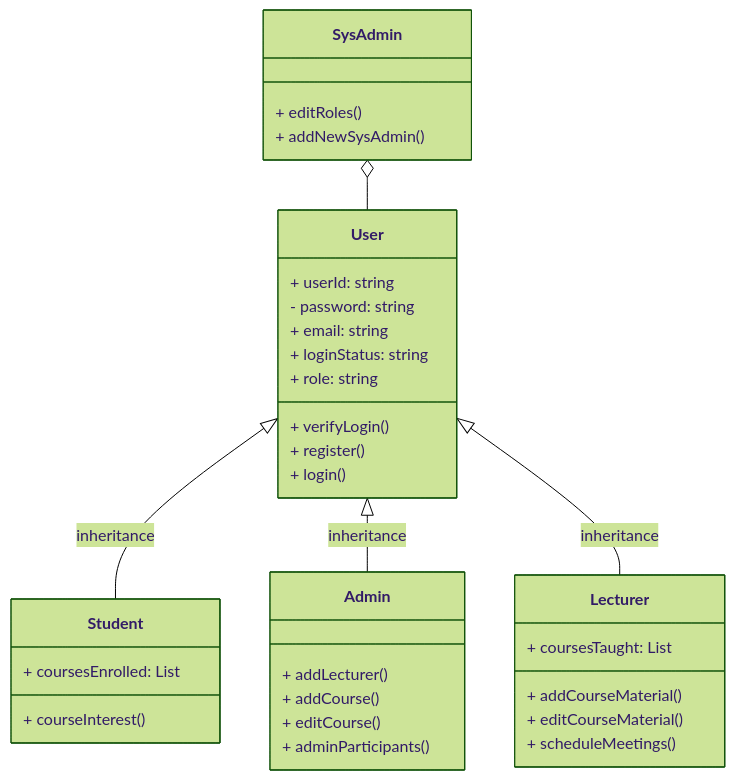
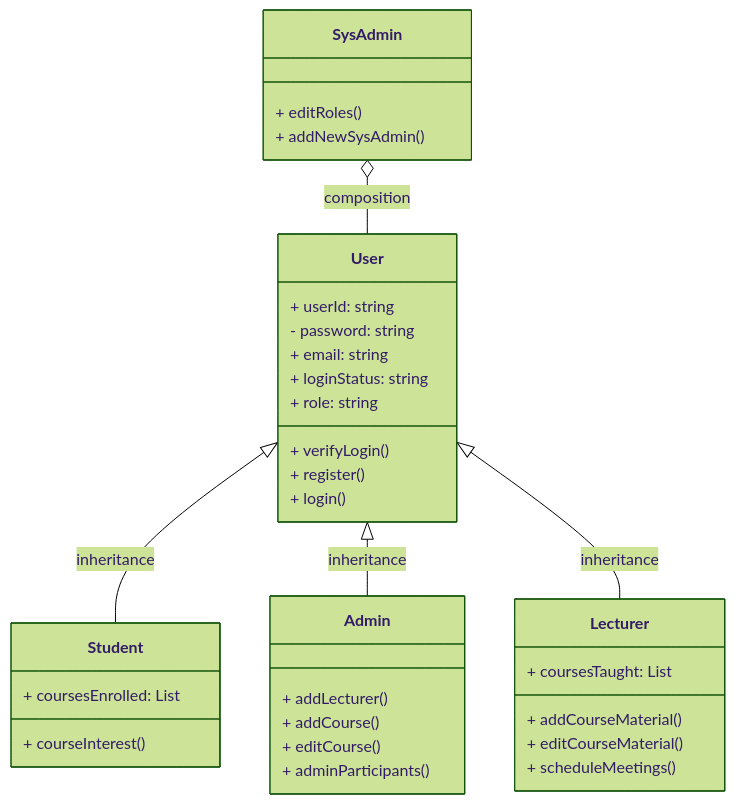
Before and after one commit to simonekranawetter/software-analysis-final: the diagram in classdiagram.md, drawn with Mermaid (forest theme).

Commit message:
added composition text to diagram

````diff
--- a/classdiagram.md
+++ b/classdiagram.md
@@ -3,42 +3,42 @@
 ```mermaid
 classDiagram
 class User{
     + userId: string
     - password: string
     + email: string
     + loginStatus: string
     + role: string
     + verifyLogin()
     + register()
     + login()
 }
 
 class Student {
     + coursesEnrolled: List
     + courseInterest()
 }
 
 class Lecturer {
     + coursesTaught: List
     + addCourseMaterial()
     + editCourseMaterial()
     + scheduleMeetings()
 }
 
 class Admin {
     + addLecturer()
     + addCourse()
     + editCourse()
     + adminParticipants()
 }
 
 class SysAdmin{
     + editRoles()
     + addNewSysAdmin()
 }
 
-SysAdmin o-- User
+SysAdmin o-- User : composition
 User <|-- Student : inheritance
 User <|-- Admin : inheritance
 User <|-- Lecturer : inheritance
 ```
````
